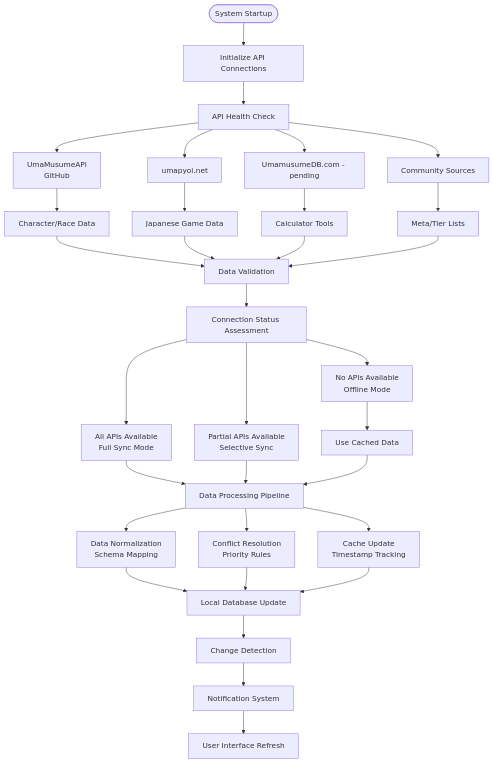
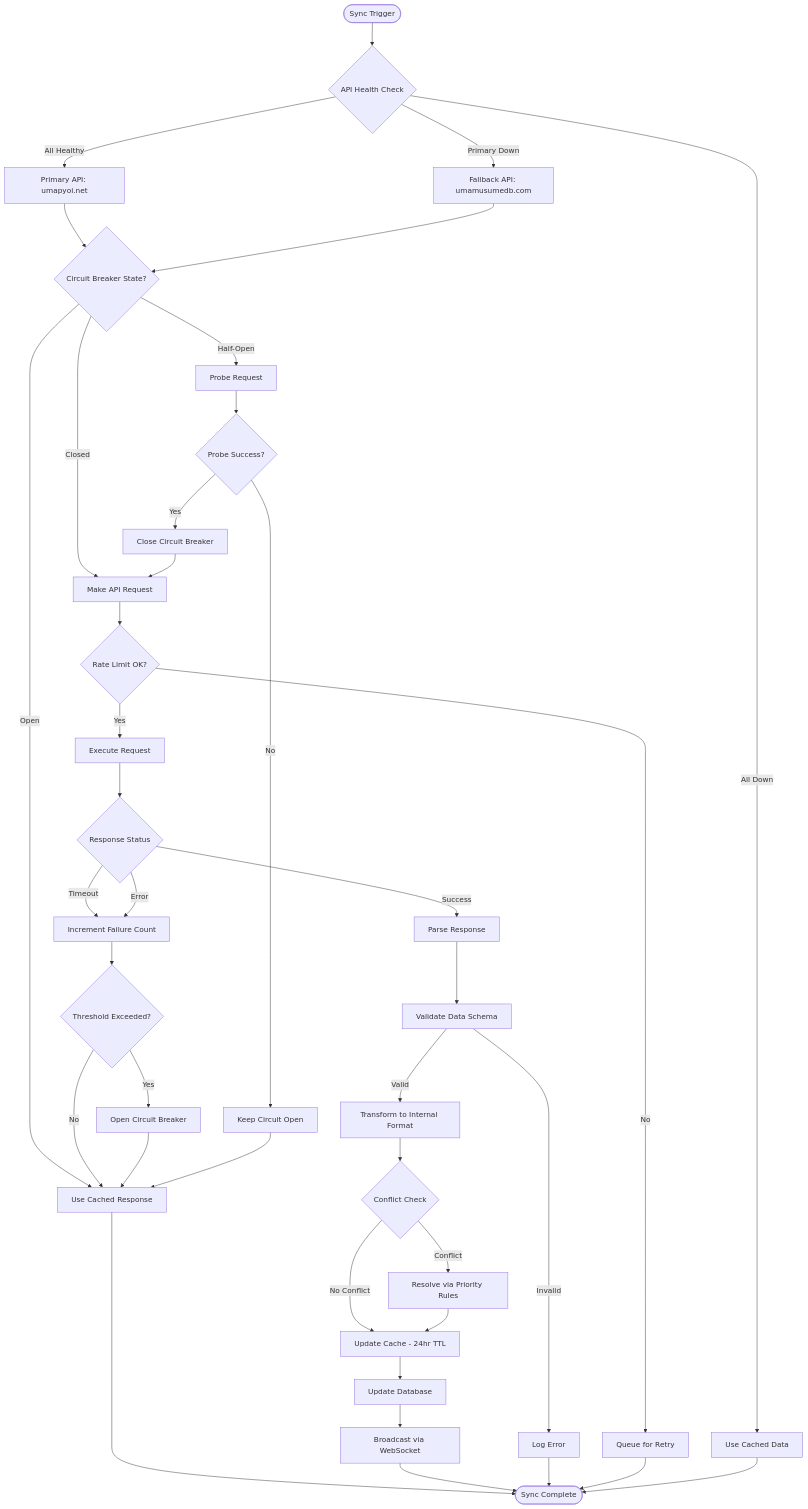
The second of 13 diagrams in docs/01-diagrams/system-process-flow-diagrams.md (exatfrds67/umamusume-career-planner), drawn with Mermaid before and after one commit. The commit also changed other lines of this file and 67 other files, not shown here.

````diff
--- a/docs/01-diagrams/system-process-flow-diagrams.md
+++ b/docs/01-diagrams/system-process-flow-diagrams.md
@@ -60,44 +107,54 @@
 ```mermaid
 flowchart TD
-    SystemStartup([System Startup]) --> InitAPI[Initialize API Connections]
-    InitAPI --> APIHealthCheck[API Health Check]
-
-    APIHealthCheck --> UmaMusumeAPI[UmaMusumeAPI<br/>GitHub]
-    APIHealthCheck --> Umapyoi[umapyoi.net]
-    APIHealthCheck --> UmamusumeDB[UmamusumeDB.com - pending]
-    APIHealthCheck --> CommunityAPI[Community Sources]
-
-    UmaMusumeAPI --> CharacterRaceData[Character/Race Data]
-    Umapyoi --> JapaneseGameData[Japanese Game Data]
-    UmamusumeDB --> CalculatorTools[Calculator Tools]
-    CommunityAPI --> MetaTierLists[Meta/Tier Lists]
-
-    CharacterRaceData --> DataValidation[Data Validation]
-    JapaneseGameData --> DataValidation
-    CalculatorTools --> DataValidation
-    MetaTierLists --> DataValidation
-
-    DataValidation --> ConnectionStatus[Connection Status Assessment]
-
-    ConnectionStatus --> AllAPIs[All APIs Available<br/>Full Sync Mode]
-    ConnectionStatus --> PartialAPIs[Partial APIs Available<br/>Selective Sync]
-    ConnectionStatus --> NoAPIs[No APIs Available<br/>Offline Mode]
-
-    NoAPIs --> UseCachedData[Use Cached Data]
-
-    AllAPIs --> DataProcessing[Data Processing Pipeline]
-    PartialAPIs --> DataProcessing
-    UseCachedData --> DataProcessing
-
-    DataProcessing --> DataNormalization[Data Normalization<br/>Schema Mapping]
-    DataProcessing --> ConflictResolution[Conflict Resolution<br/>Priority Rules]
-    DataProcessing --> CacheUpdate[Cache Update<br/>Timestamp Tracking]
-
-    DataNormalization --> LocalDBUpdate[Local Database Update]
-    ConflictResolution --> LocalDBUpdate
-    CacheUpdate --> LocalDBUpdate
-
-    LocalDBUpdate --> ChangeDetection[Change Detection]
-    ChangeDetection --> NotificationSystem[Notification System]
-    NotificationSystem --> UIRefresh[User Interface Refresh]
+    Trigger([Sync Trigger]) --> HealthCheck{API Health Check}
+    
+    HealthCheck -->|All Healthy| Primary[Primary API: umapyoi.net]
+    HealthCheck -->|Primary Down| Fallback[Fallback API: umamusumedb.com]
+    HealthCheck -->|All Down| CachedData[Use Cached Data]
+    
+    Primary --> CircuitBreaker{Circuit Breaker State?}
+    Fallback --> CircuitBreaker
+    
+    CircuitBreaker -->|Closed| MakeRequest[Make API Request]
+    CircuitBreaker -->|Open| UseCached[Use Cached Response]
+    CircuitBreaker -->|Half-Open| ProbeRequest[Probe Request]
+    
+    MakeRequest --> RateLimiter{Rate Limit OK?}
+    RateLimiter -->|Yes| Execute[Execute Request]
+    RateLimiter -->|No| Queue[Queue for Retry]
+    
+    Execute --> Response{Response Status}
+    Response -->|Success| Parse[Parse Response]
+    Response -->|Timeout| IncrementFailure[Increment Failure Count]
+    Response -->|Error| IncrementFailure
+    
+    Parse --> Validate[Validate Data Schema]
+    Validate -->|Valid| Transform[Transform to Internal Format]
+    Validate -->|Invalid| LogError[Log Error]
+    
+    Transform --> ConflictCheck{Conflict Check}
+    ConflictCheck -->|No Conflict| UpdateCache[Update Cache - 24hr TTL]
+    ConflictCheck -->|Conflict| Resolve[Resolve via Priority Rules]
+    
+    Resolve --> UpdateCache
+    UpdateCache --> UpdateDB[Update Database]
+    UpdateDB --> Broadcast[Broadcast via WebSocket]
+    
+    IncrementFailure --> ThresholdCheck{Threshold Exceeded?}
+    ThresholdCheck -->|Yes| OpenCircuit[Open Circuit Breaker]
+    ThresholdCheck -->|No| UseCached
+    
+    OpenCircuit --> UseCached
+    UseCached --> Complete([Sync Complete])
+    Broadcast --> Complete
+    LogError --> Complete
+    Queue --> Complete
+    CachedData --> Complete
+    
+    ProbeRequest --> ProbeResult{Probe Success?}
+    ProbeResult -->|Yes| CloseCircuit[Close Circuit Breaker]
+    ProbeResult -->|No| KeepOpen[Keep Circuit Open]
+    
+    CloseCircuit --> MakeRequest
+    KeepOpen --> UseCached
 ```
````
